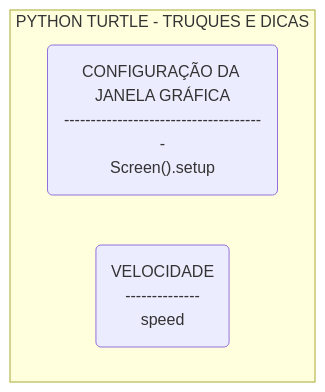
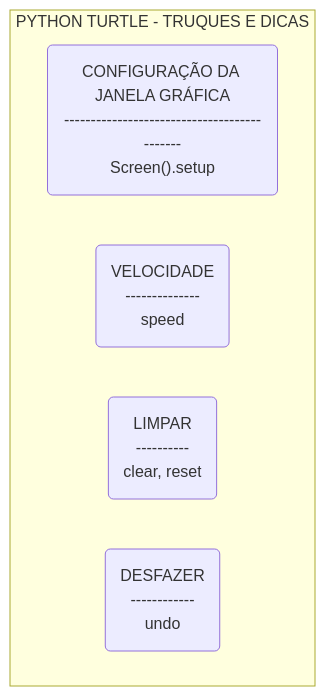
Before and after one commit to xbecas/init_python: the fourth of 5 diagrams in techtree.md, drawn with Mermaid.

Commit message:
Update techtree.md
Add Truques e dicas

````diff
--- a/techtree.md
+++ b/techtree.md
@@ -51,9 +51,11 @@
 ```mermaid
   graph TD
   
     subgraph "PYTHON TURTLE - TRUQUES E DICAS"
       %% Truques para conforto e eficiência
-      ScreenSetup("CONFIGURAÇÃO DA JANELA GRÁFICA<br>--------------------------------------<br>Screen().setup")
+      ScreenSetup("CONFIGURAÇÃO DA JANELA GRÁFICA<br>--------------------------------------------<br>Screen().setup")
       Velocidade("VELOCIDADE<br>--------------<br>speed")
+      Limpar("LIMPAR<br>----------<br>clear, reset")
+      Undo("DESFAZER<br>------------<br>undo")
     end
 ```
````
